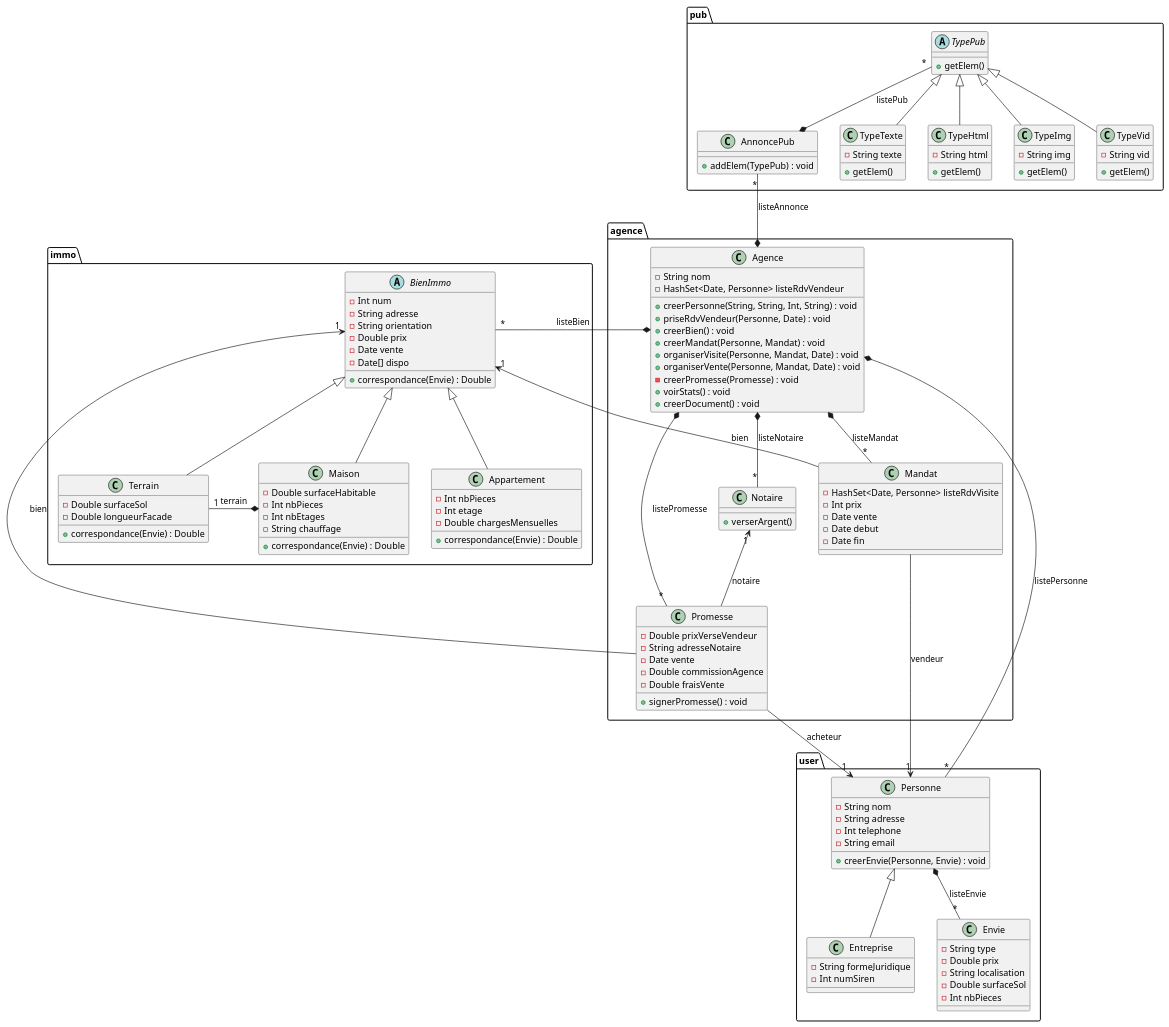
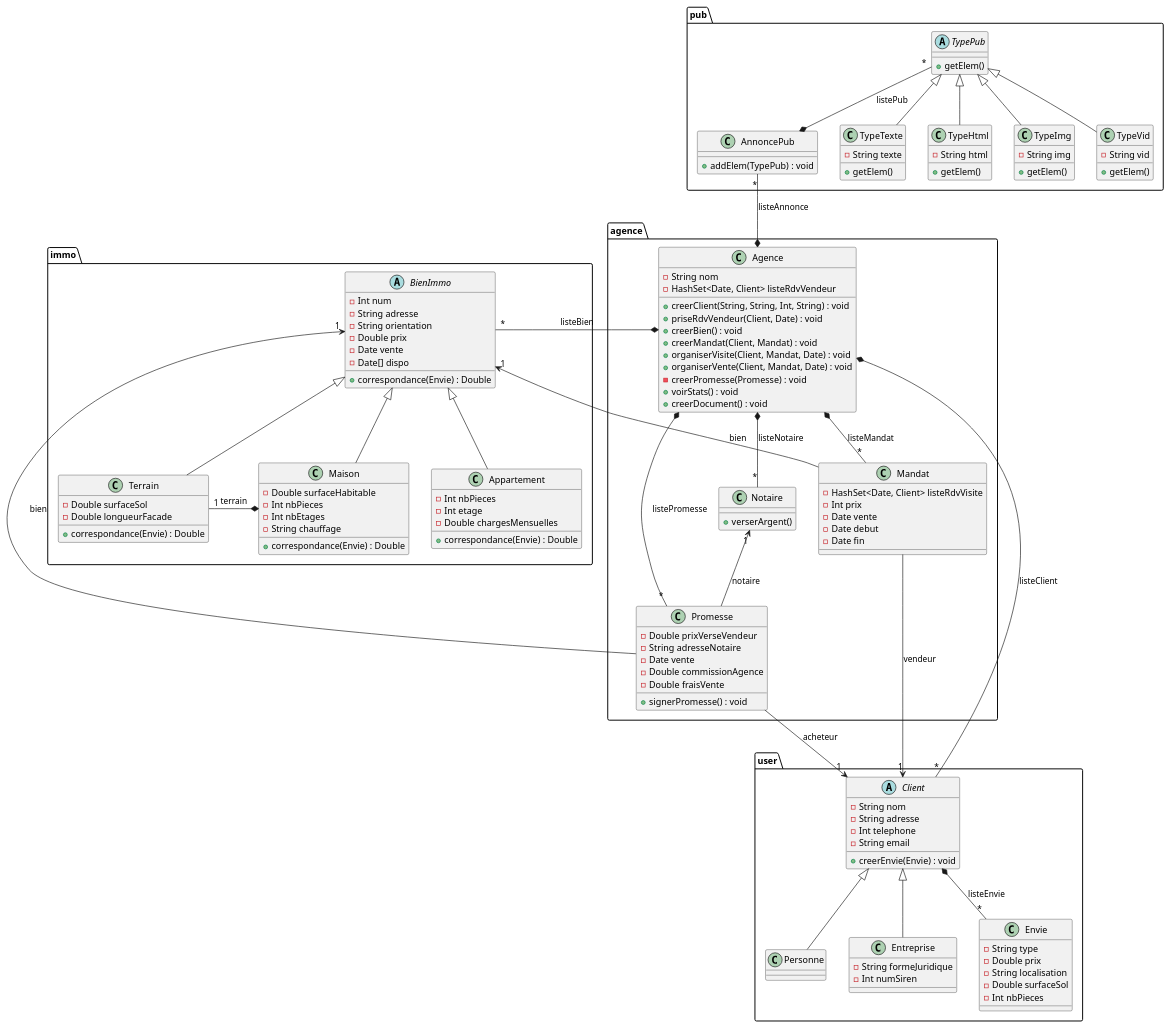
One commit to DenisGuiraudet/MIASHS_UML_PTUT changed the diagram in DOC/UML/diagClass.plantuml. Above: the diagram before and after it, drawn with PlantUML. The commit also changed 13 other files, not shown here.

```diff
--- a/DOC/UML/diagClass.plantuml
+++ b/DOC/UML/diagClass.plantuml
@@ -2,168 +2,172 @@
 @startuml
 
 package user {
 
-  class Personne {
+  abstract class Client {
     -String nom
     -String adresse
     -Int telephone
     -String email
-    +creerEnvie(Personne, Envie) : void
+    +creerEnvie(Envie) : void
+  }
+
+  class Personne {
   }
 
   class Entreprise {
     -String formeJuridique
     -Int numSiren
   }
 
-  Entreprise -up-|> Personne
+  Personne -up-|> Client
+  Entreprise -up-|> Client
 
   class Envie {
     -String type
     -Double prix
     -String localisation
     -Double surfaceSol
     -Int nbPieces
   }
 
-  Personne *--"*" Envie : "listeEnvie"
+  Client *--"*" Envie : "listeEnvie"
 
 }
 
 package agence {
 
   class Agence {
     -String nom
-    -HashSet<Date, Personne> listeRdvVendeur
-    +creerPersonne(String, String, Int, String) : void
-    +priseRdvVendeur(Personne, Date) : void
+    -HashSet<Date, Client> listeRdvVendeur
+    +creerClient(String, String, Int, String) : void
+    +priseRdvVendeur(Client, Date) : void
     +creerBien() : void
-    +creerMandat(Personne, Mandat) : void
-    +organiserVisite(Personne, Mandat, Date) : void
-    +organiserVente(Personne, Mandat, Date) : void
+    +creerMandat(Client, Mandat) : void
+    +organiserVisite(Client, Mandat, Date) : void
+    +organiserVente(Client, Mandat, Date) : void
     -creerPromesse(Promesse) : void
     +voirStats() : void
     +creerDocument() : void
   }
 
-  Personne "*"-left-* Agence : "listePersonne"
+  Client "*"-left-* Agence : "listeClient"
 
   class Mandat {
-    -HashSet<Date, Personne> listeRdvVisite
+    -HashSet<Date, Client> listeRdvVisite
     -Int prix
     -Date vente
     -Date debut
     -Date fin
   }
 
   class Promesse {
     -Double prixVerseVendeur
     -String adresseNotaire
     -Date vente
     -Double commissionAgence
     -Double fraisVente
     +signerPromesse() : void
   }
 
   Agence *--"*" Mandat : "listeMandat"
   Agence *--"*" Promesse : "listePromesse"
 
-  Mandat -->"1" Personne : "vendeur"
-  Promesse -->"1" Personne : "acheteur"
+  Mandat -->"1" Client : "vendeur"
+  Promesse -->"1" Client : "acheteur"
 
   class Notaire {
     +verserArgent()
   }
 
   Agence *--"*" Notaire : "listeNotaire"
 
   Notaire "1"<-- Promesse : "notaire"
 
 }
 
 package pub {
 
   class AnnoncePub {
     +addElem(TypePub) : void
   }
 
   AnnoncePub "*"--* Agence : "listeAnnonce"
   TypePub "*"--* AnnoncePub : "listePub"
 
   abstract class TypePub {
     +getElem()
   }
 
   class TypeTexte {
     -String texte
     +getElem()
   }
 
   class TypeHtml {
     -String html
     +getElem()
   }
 
   class TypeImg {
     -String img
     +getElem()
   }
 
   class TypeVid {
     -String vid
     +getElem()
   }
 
   TypeTexte -up-|> TypePub
   TypeHtml -up-|> TypePub
   TypeImg -up-|> TypePub
   TypeVid -up-|> TypePub
 
 }
 
 package immo {
 
   abstract class BienImmo {
     -Int num
     -String adresse
     -String orientation
     -Double prix
     -Date vente
     -Date[] dispo
     +correspondance(Envie) : Double
   }
 
   BienImmo "*"-left-* Agence : "listeBien"
   Mandat -up->"1" BienImmo : "bien"
   Promesse -up->"1" BienImmo : "bien"
 
   class Terrain {
     -Double surfaceSol
     -Double longueurFacade
     +correspondance(Envie) : Double
   }
 
   class Maison {
     -Double surfaceHabitable
     -Int nbPieces
     -Int nbEtages
     -String chauffage
     +correspondance(Envie) : Double
   }
 
   class Appartement {
     -Int nbPieces
     -Int etage
     -Double chargesMensuelles
     +correspondance(Envie) : Double
   }
 
   Appartement -up-|> BienImmo
   Maison -up-|> BienImmo
   Terrain -up-|> BienImmo
 
   Maison *-left-"1" Terrain : "terrain"
 
 }
 
 @enduml
```
